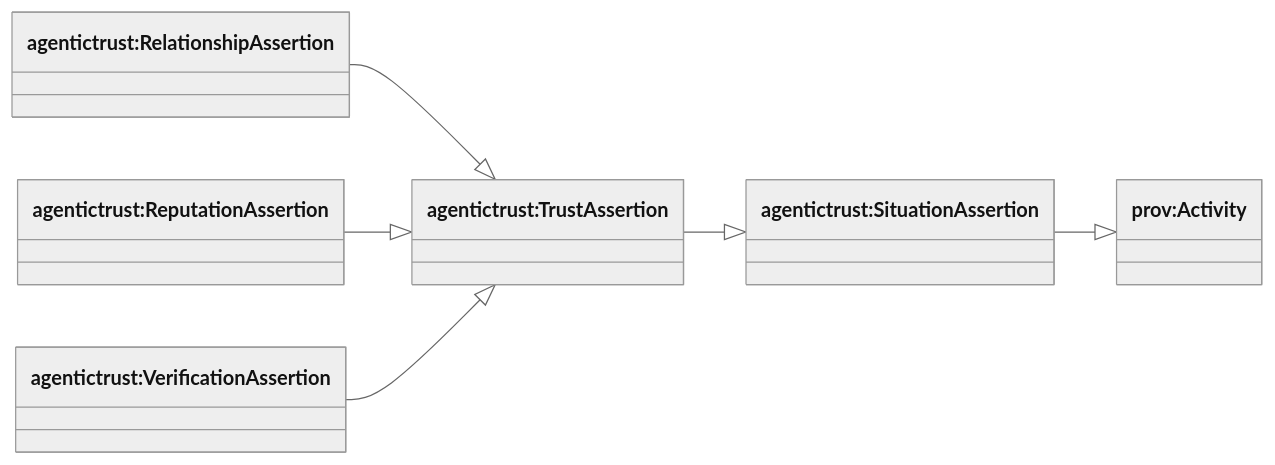
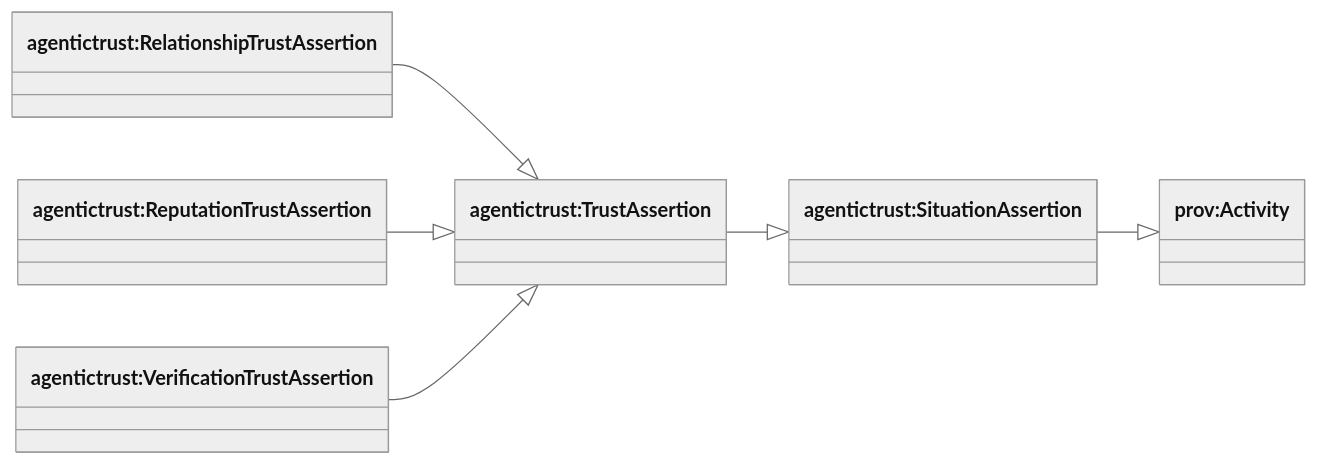
One commit to Agentic-Trust-Layer/agent-explorer changed the second of 6 diagrams in docs/ontology/situation.md. Above: the diagram before and after it, drawn with Mermaid (neutral theme). The commit also changed other lines of this file and 22 other files, not shown here.

````diff
--- a/docs/ontology/situation.md
+++ b/docs/ontology/situation.md
@@ -62,17 +62,17 @@
 ```mermaid
 classDiagram
 direction LR
 
 class provActivity["prov:Activity"]
 class SituationAssertion["agentictrust:SituationAssertion"]
 class TrustAssertion["agentictrust:TrustAssertion"]
-class RelationshipAssertion["agentictrust:RelationshipAssertion"]
-class ReputationAssertion["agentictrust:ReputationAssertion"]
-class VerificationAssertion["agentictrust:VerificationAssertion"]
+class RelationshipAssertion["agentictrust:RelationshipTrustAssertion"]
+class ReputationAssertion["agentictrust:ReputationTrustAssertion"]
+class VerificationAssertion["agentictrust:VerificationTrustAssertion"]
 
 SituationAssertion --|> provActivity
 TrustAssertion --|> SituationAssertion
 RelationshipAssertion --|> TrustAssertion
 ReputationAssertion --|> TrustAssertion
 VerificationAssertion --|> TrustAssertion
 ```
````
